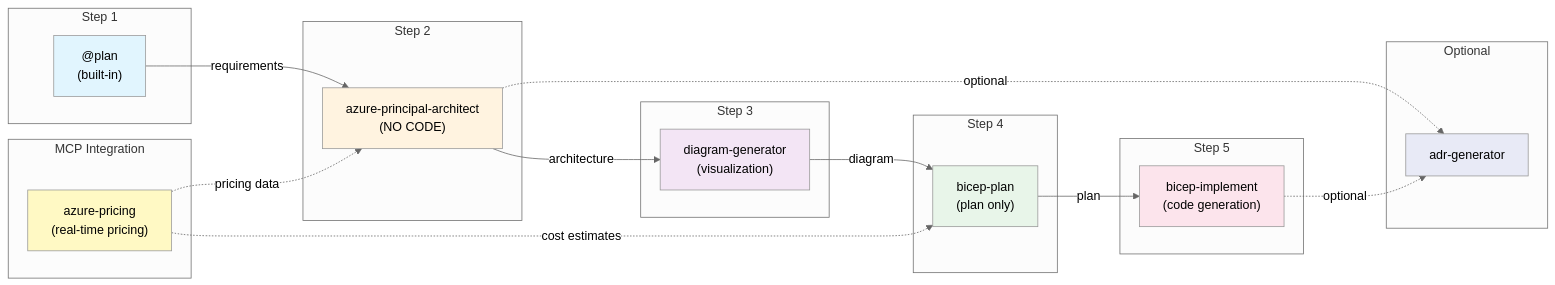
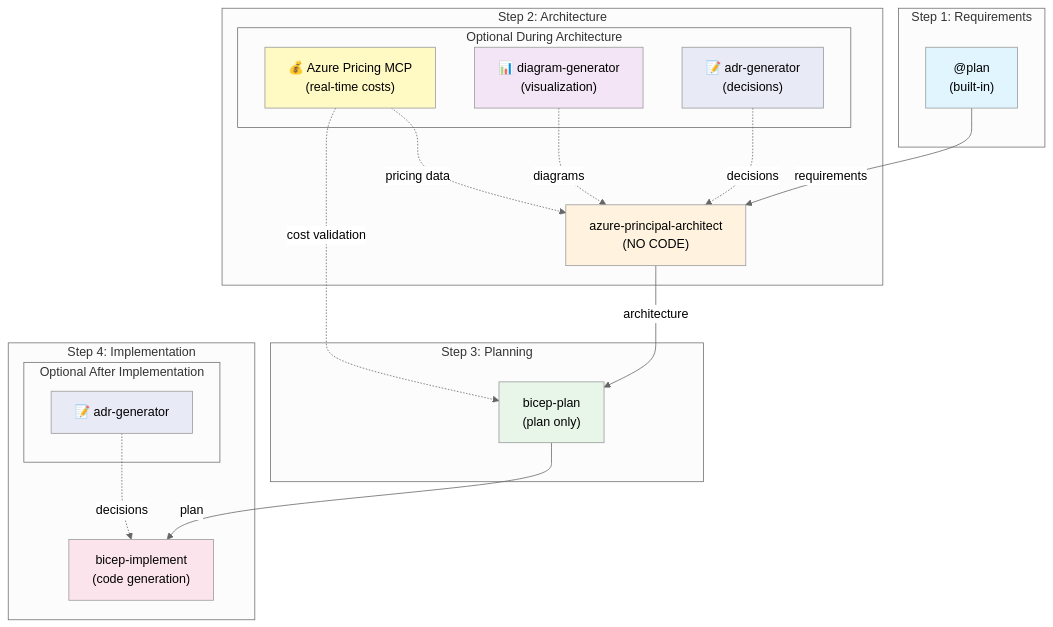
Before and after one commit to StormyDevil/azure-agentic-infraops: the first of 2 diagrams in docs/WORKFLOW.md, drawn with Mermaid. The commit also changed other lines of this file and 2 other files, not shown here.

Commit message:
feat: Update workflow documentation to reflect 4-step process and integrate Azure Pricing MCP for real-time cost estimates

````diff
--- a/docs/WORKFLOW.md
+++ b/docs/WORKFLOW.md
@@ -12,44 +12,46 @@
 ```mermaid
 %%{init: {'theme':'neutral'}}%%
-graph LR
-    subgraph Step 1
+graph TB
+    subgraph "Step 1: Requirements"
         P["@plan<br/>(built-in)"]
     end
-    subgraph Step 2
+
+    subgraph "Step 2: Architecture"
         A["azure-principal-architect<br/>(NO CODE)"]
+        subgraph "Optional During Architecture"
+            MCP["💰 Azure Pricing MCP<br/>(real-time costs)"]
+            D["📊 diagram-generator<br/>(visualization)"]
+            ADR1["📝 adr-generator<br/>(decisions)"]
+        end
     end
-    subgraph Step 3
-        D["diagram-generator<br/>(visualization)"]
-    end
-    subgraph Step 4
+
+    subgraph "Step 3: Planning"
         B["bicep-plan<br/>(plan only)"]
     end
-    subgraph Step 5
+
+    subgraph "Step 4: Implementation"
         I["bicep-implement<br/>(code generation)"]
-    end
-    subgraph Optional
-        ADR["adr-generator"]
-    end
-    subgraph MCP Integration
-        MCP["azure-pricing<br/>(real-time pricing)"]
+        subgraph "Optional After Implementation"
+            ADR2["📝 adr-generator"]
+        end
     end
 
     P -->|"requirements"| A
-    A -->|"architecture"| D
-    D -->|"diagram"| B
+    A -->|"architecture"| B
     B -->|"plan"| I
 
-    A -.->|"optional"| ADR
-    I -.->|"optional"| ADR
-
     MCP -.->|"pricing data"| A
-    MCP -.->|"cost estimates"| B
+    D -.->|"diagrams"| A
+    ADR1 -.->|"decisions"| A
+    MCP -.->|"cost validation"| B
+    ADR2 -.->|"decisions"| I
 
     style P fill:#e1f5fe
     style A fill:#fff3e0
+    style MCP fill:#fff9c4
     style D fill:#f3e5f5
+    style ADR1 fill:#e8eaf6
     style B fill:#e8f5e9
     style I fill:#fce4ec
-    style ADR fill:#e8eaf6
-    style MCP fill:#fff9c4
+    style ADR2 fill:#e8eaf6
 ```
````
